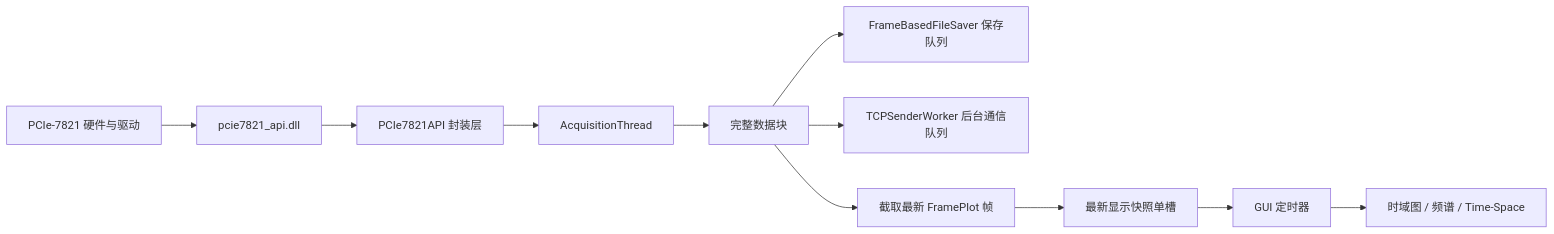
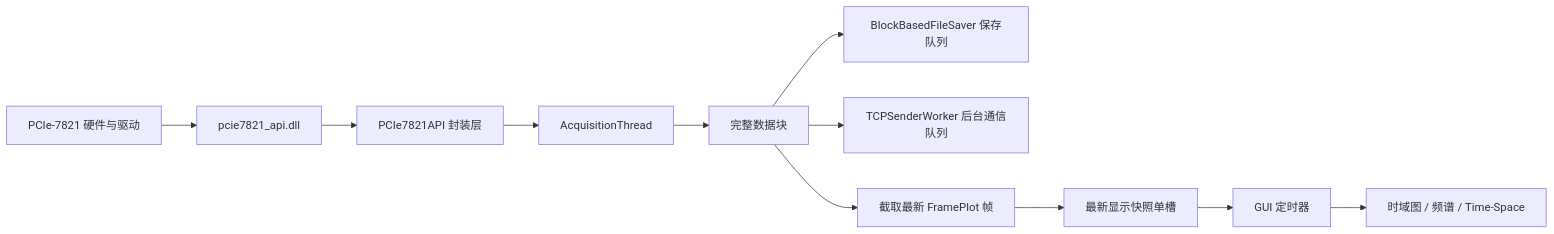
The first of 2 diagrams in README.md (chyiever/pcie7821_gui), drawn with Mermaid before and after one commit. The commit also changed other lines of this file and 7 other files, not shown here.

````diff
--- a/README.md
+++ b/README.md
@@ -31,13 +31,13 @@
 ```mermaid
 flowchart LR
     A[PCIe-7821 硬件与驱动] --> B[pcie7821_api.dll]
     B --> C[PCIe7821API 封装层]
     C --> D[AcquisitionThread]
     D --> E[完整数据块]
-    E --> F[FrameBasedFileSaver 保存队列]
+    E --> F[BlockBasedFileSaver 保存队列]
     E --> G[TCPSenderWorker 后台通信队列]
     E --> H[截取最新 FramePlot 帧]
     H --> I[最新显示快照单槽]
     I --> J[GUI 定时器]
     J --> K[时域图 / 频谱 / Time-Space]
 ```
````
